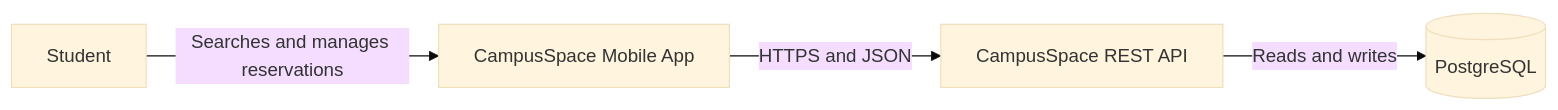
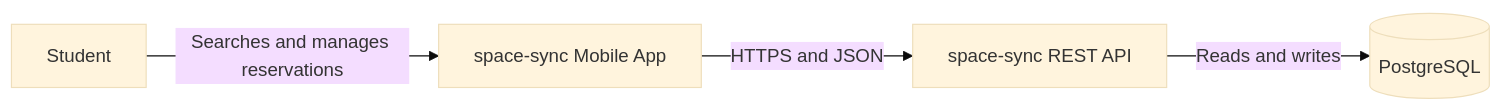
Before and after one commit to celineemercy/space-sync: the first of 6 diagrams in docs/architecture-plan.md, drawn with Mermaid (base theme). The commit also changed other lines of this file and 7 other files, not shown here.

Commit message:
docs: align project references with space-sync

````diff
--- a/docs/architecture-plan.md
+++ b/docs/architecture-plan.md
@@ -46,11 +46,11 @@
 ```mermaid
 flowchart LR
     Student[Student]
-    App[CampusSpace Mobile App]
-    API[CampusSpace REST API]
+    App[space-sync Mobile App]
+    API[space-sync REST API]
     DB[(PostgreSQL)]
 
     Student -->|Searches and manages reservations| App
     App -->|HTTPS and JSON| API
     API -->|Reads and writes| DB
 ```
````
